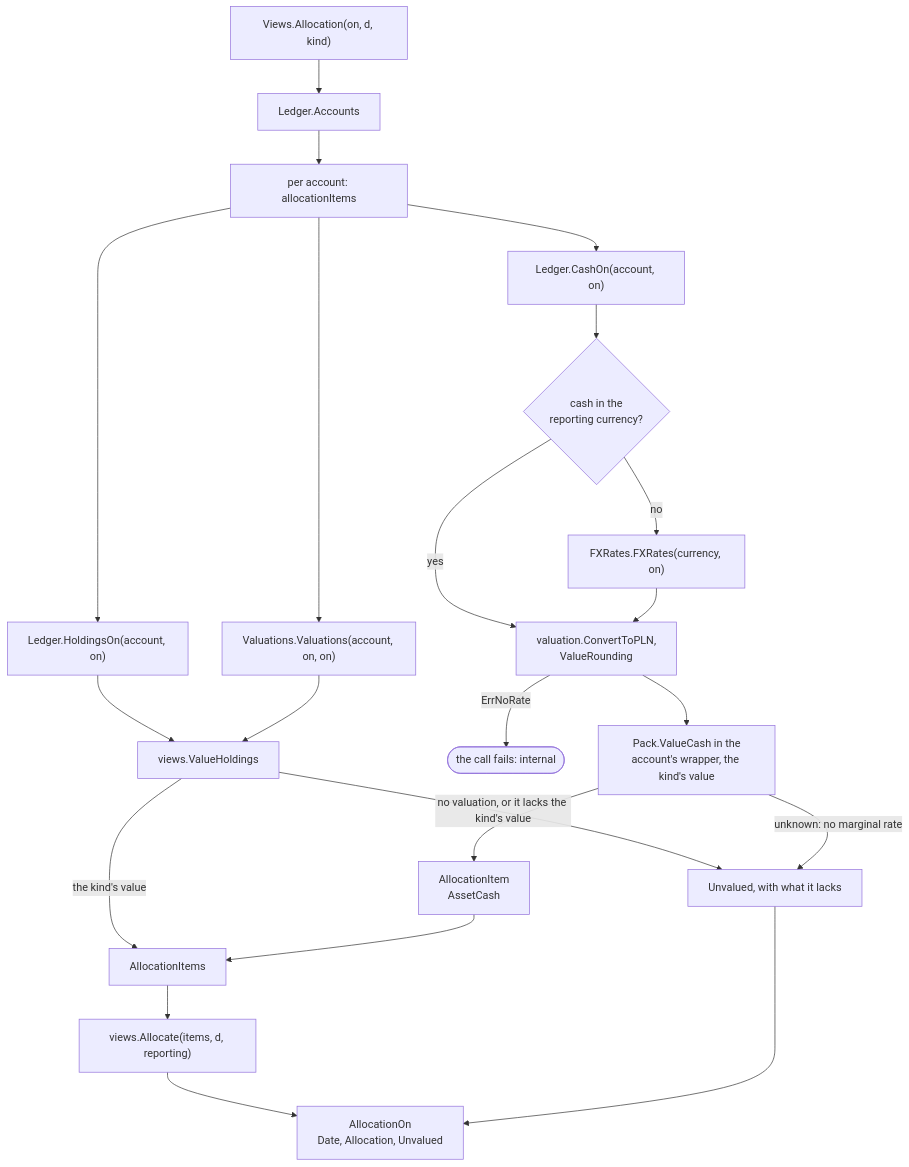
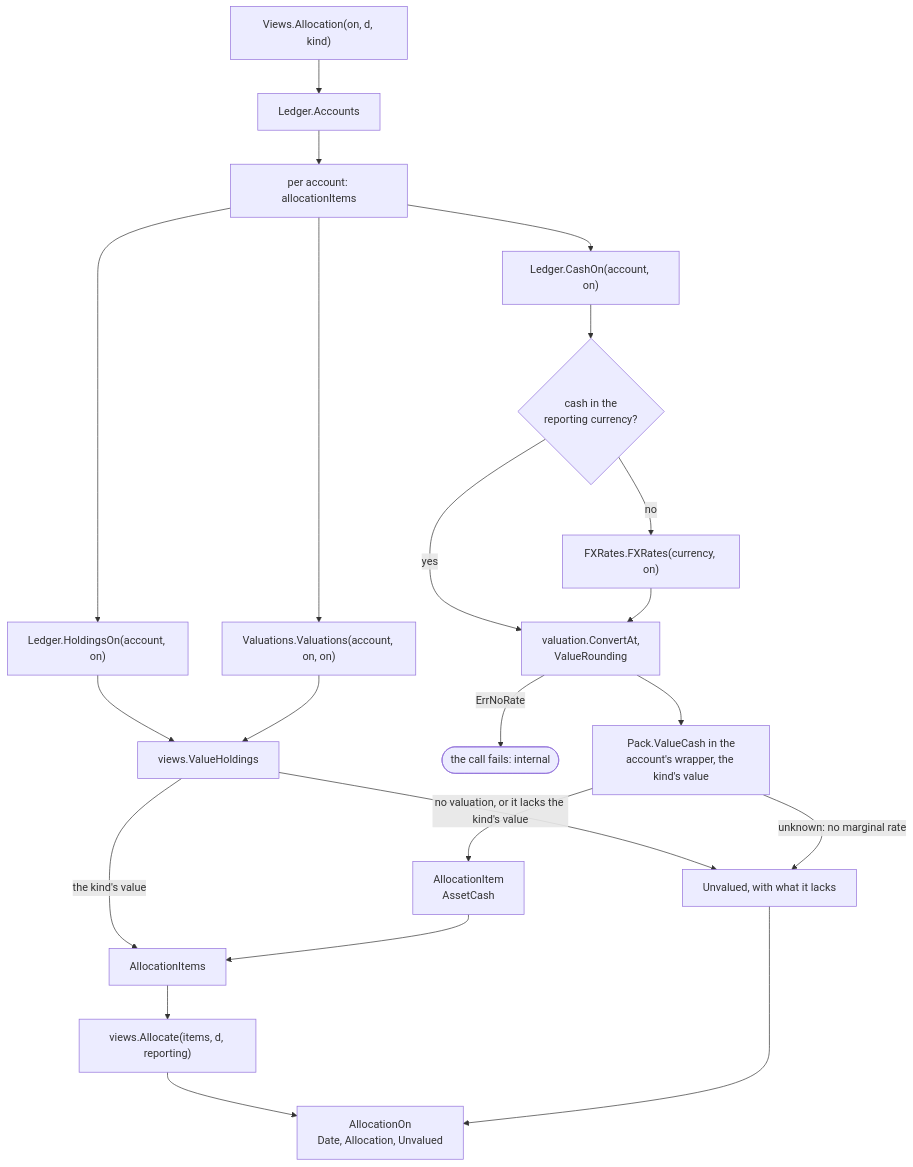
The third of 4 diagrams in docs/concepts/read-api.md (arkadiuss/openfief), drawn with Mermaid before and after one commit. The commit also changed other lines of this file and 218 other files, not shown here.

````diff
--- a/docs/concepts/read-api.md
+++ b/docs/concepts/read-api.md
@@ -184,23 +184,23 @@
 ```mermaid
 flowchart TD
   start["Views.Allocation(on, d, kind)"] --> accts["Ledger.Accounts"]
   accts --> each["per account: allocationItems"]
   each --> hold["Ledger.HoldingsOn(account, on)"]
   each --> sv["Valuations.Valuations(account, on, on)"]
   hold & sv --> vh["views.ValueHoldings"]
   vh -- "the kind's value" --> items["AllocationItems"]
   vh -- "no valuation, or it lacks the kind's value" --> unv["Unvalued, with what it lacks"]
   each --> cash["Ledger.CashOn(account, on)"]
   cash --> isrep{"cash in the<br/>reporting currency?"}
-  isrep -- "yes" --> conv["valuation.ConvertToPLN,<br/>ValueRounding"]
+  isrep -- "yes" --> conv["valuation.ConvertAt,<br/>ValueRounding"]
   isrep -- "no" --> rates["FXRates.FXRates(currency, on)"]
   rates --> conv
   conv -- "ErrNoRate" --> fail(["the call fails: internal"])
   conv --> cv["Pack.ValueCash in the<br/>account's wrapper, the kind's value"]
   cv -- "unknown: no marginal rate" --> unv
   cv --> citem["AllocationItem<br/>AssetCash"]
   citem --> items
   items --> alloc["views.Allocate(items, d, reporting)"]
   alloc --> out["AllocationOn<br/>Date, Allocation, Unvalued"]
   unv --> out
 ```
````
